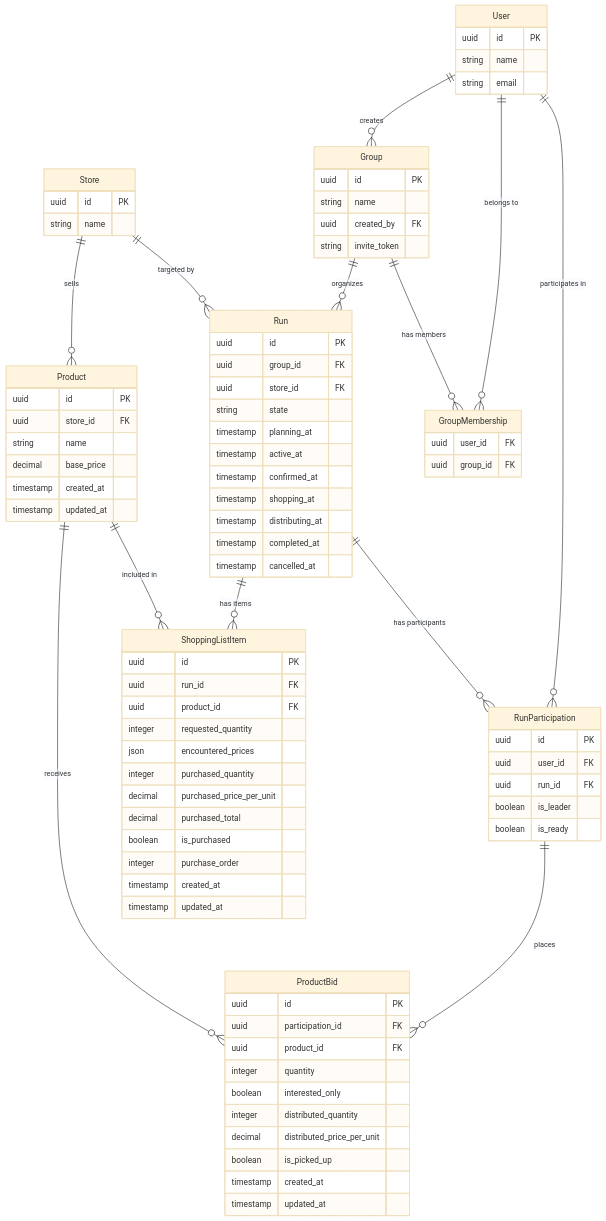
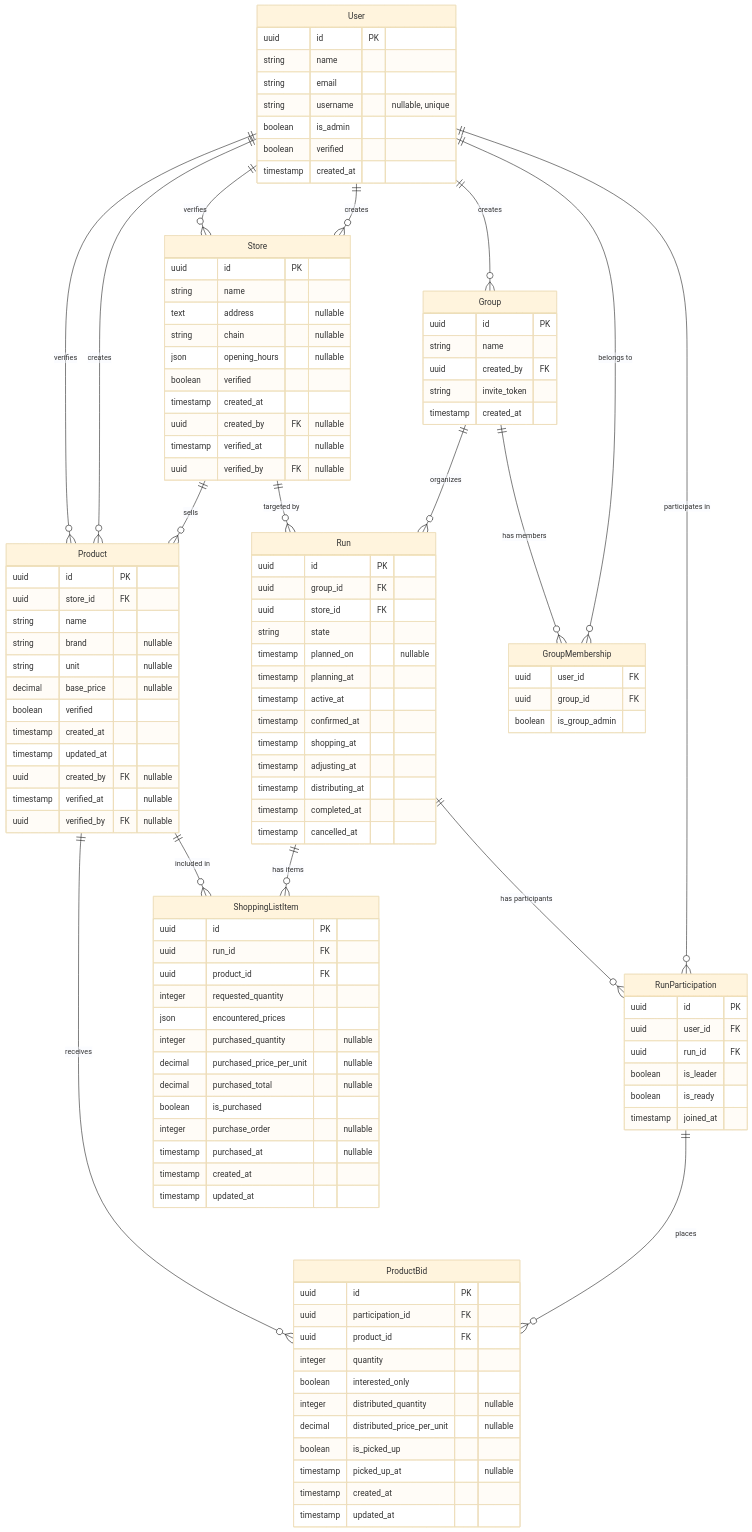
The diagram in docs/database_schema.md (nedrrelm/bulq), drawn with Mermaid (base theme) before and after one commit. The commit also changed other lines of this file and 1 other file, not shown here.

Commit message:
Add additional field to entities

````diff
--- a/docs/database_schema.md
+++ b/docs/database_schema.md
@@ -8,24 +8,31 @@
         uuid id PK
         string name
         string email
+        string username "nullable, unique"
+        boolean is_admin
+        boolean verified
+        timestamp created_at
     }
-    
+
     Group {
         uuid id PK
         string name
         uuid created_by FK
         string invite_token
+        timestamp created_at
     }
-    
+
     Run {
         uuid id PK
         uuid group_id FK
         uuid store_id FK
         string state
+        timestamp planned_on "nullable"
         timestamp planning_at
         timestamp active_at
         timestamp confirmed_at
         timestamp shopping_at
+        timestamp adjusting_at
         timestamp distributing_at
         timestamp completed_at
         timestamp cancelled_at
@@ -37,20 +44,35 @@
         uuid run_id FK
         boolean is_leader
         boolean is_ready
+        timestamp joined_at
     }
 
     Store {
         uuid id PK
         string name
+        text address "nullable"
+        string chain "nullable"
+        json opening_hours "nullable"
+        boolean verified
+        timestamp created_at
+        uuid created_by FK "nullable"
+        timestamp verified_at "nullable"
+        uuid verified_by FK "nullable"
     }
 
     Product {
         uuid id PK
         uuid store_id FK
         string name
-        decimal base_price
+        string brand "nullable"
+        string unit "nullable"
+        decimal base_price "nullable"
+        boolean verified
         timestamp created_at
         timestamp updated_at
+        uuid created_by FK "nullable"
+        timestamp verified_at "nullable"
+        uuid verified_by FK "nullable"
     }
 
     ProductBid {
@@ -59,9 +81,10 @@
         uuid product_id FK
         integer quantity
         boolean interested_only
-        integer distributed_quantity
-        decimal distributed_price_per_unit
+        integer distributed_quantity "nullable"
+        decimal distributed_price_per_unit "nullable"
         boolean is_picked_up
+        timestamp picked_up_at "nullable"
         timestamp created_at
         timestamp updated_at
     }
@@ -72,18 +95,20 @@
         uuid product_id FK
         integer requested_quantity
         json encountered_prices
-        integer purchased_quantity
-        decimal purchased_price_per_unit
-        decimal purchased_total
+        integer purchased_quantity "nullable"
+        decimal purchased_price_per_unit "nullable"
+        decimal purchased_total "nullable"
         boolean is_purchased
-        integer purchase_order
+        integer purchase_order "nullable"
+        timestamp purchased_at "nullable"
         timestamp created_at
         timestamp updated_at
     }
-    
+
     GroupMembership {
         uuid user_id FK
         uuid group_id FK
+        boolean is_group_admin
     }
 
     User ||--o{ GroupMembership : "belongs to"
@@ -96,6 +121,10 @@
     RunParticipation ||--o{ ProductBid : "places"
     Product ||--o{ ProductBid : "receives"
     User ||--o{ Group : "creates"
+    User ||--o{ Product : "creates"
+    User ||--o{ Product : "verifies"
+    User ||--o{ Store : "creates"
+    User ||--o{ Store : "verifies"
     Run ||--o{ ShoppingListItem : "has items"
     Product ||--o{ ShoppingListItem : "included in"
 ```
````
